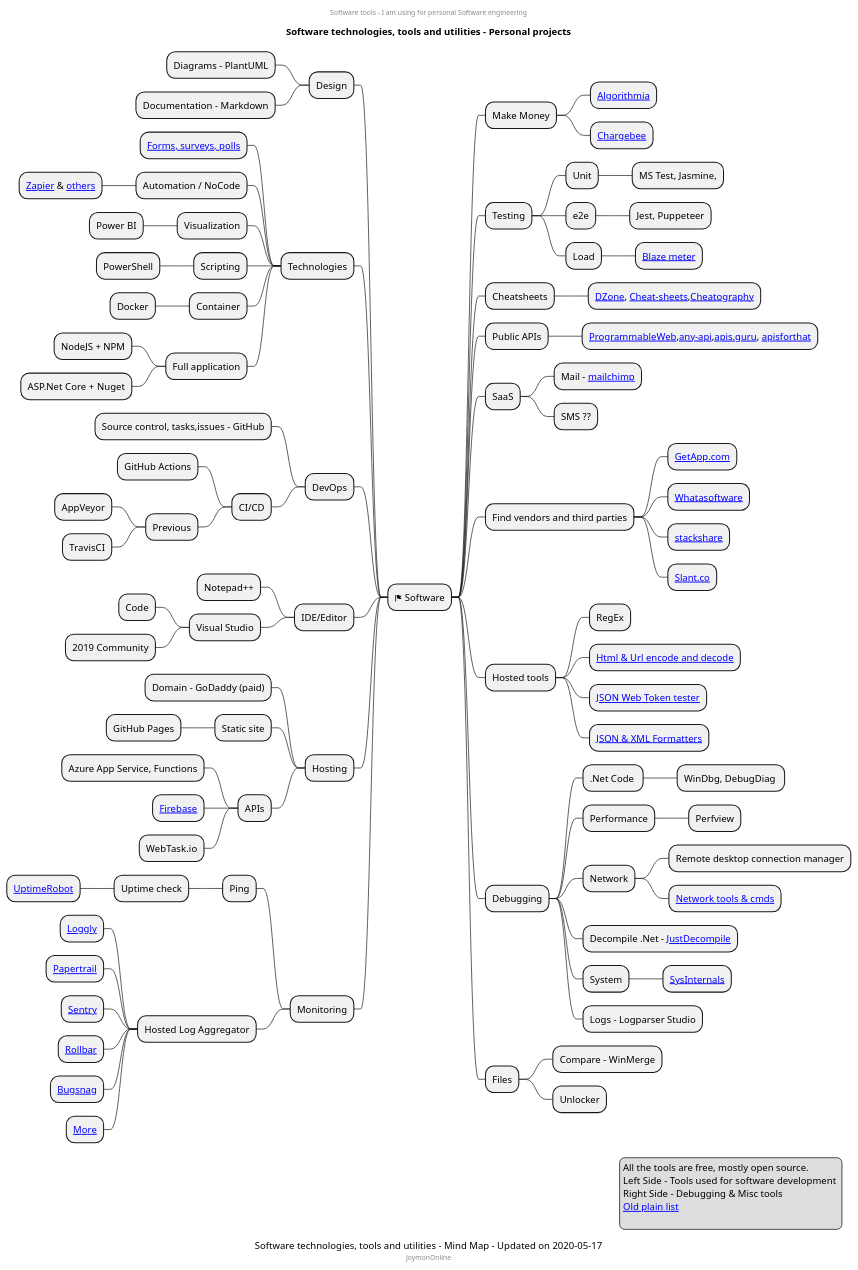
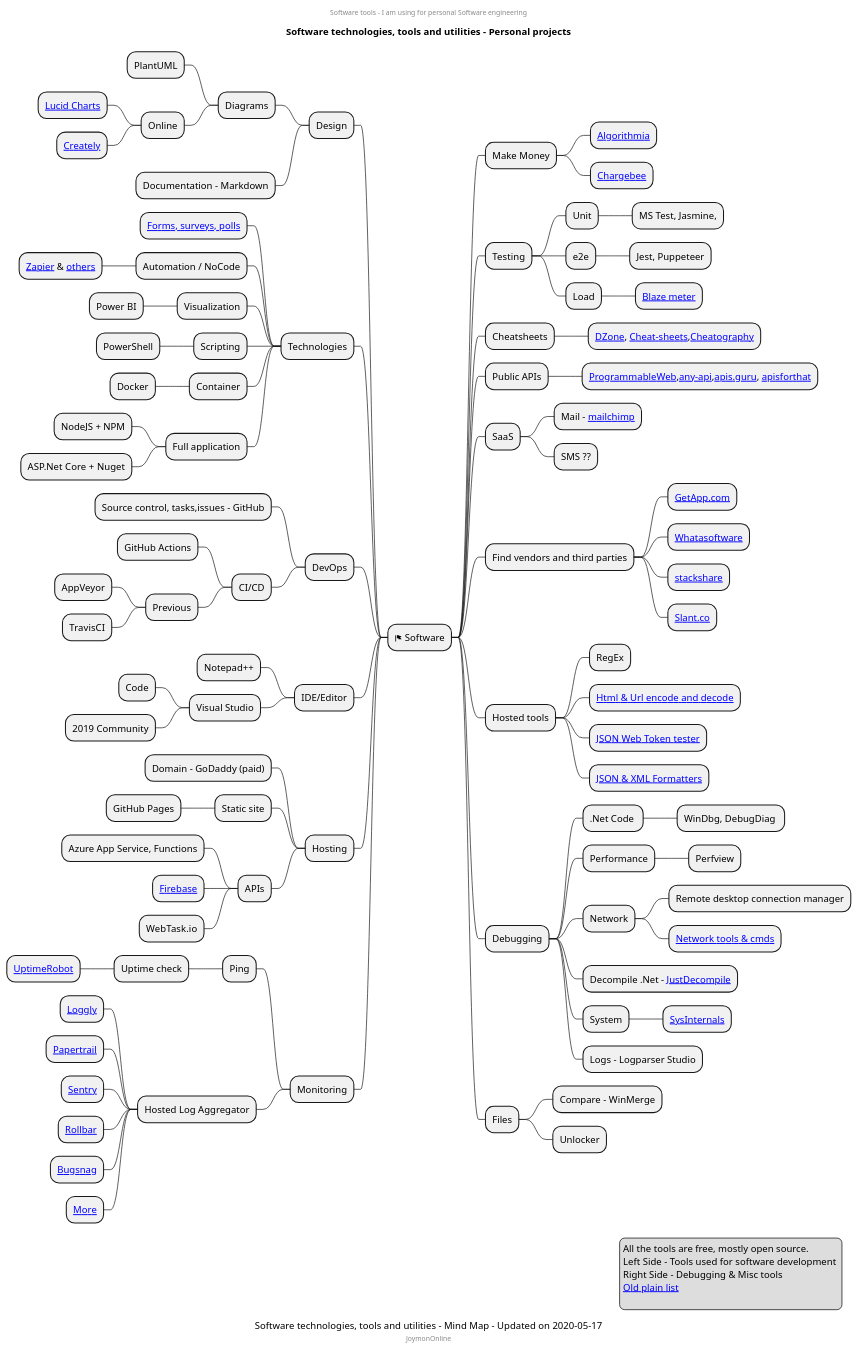
One commit to mind-maps/software changed the diagram in software-tools/software-engineering-tools.puml. Above: the diagram before and after it, drawn with PlantUML.

Commit message:
Added creately and lucid charts

```diff
--- a/software-tools/software-engineering-tools.puml
+++ b/software-tools/software-engineering-tools.puml
@@ -1,113 +1,117 @@
 @startmindmap
 center header
 Software tools - I am using for personal Software engineering
 endheader
 title Software technologies, tools and utilities - Personal projects
 caption Software technologies, tools and utilities - Mind Map - Updated on 2020-05-17
 center footer JoymonOnline
 * <&flag> Software
 ** Make Money
 *** [[Algorithmia.com Algorithmia]]
 *** [[https://www.chargebee.com/pricing Chargebee]]
 ** Testing
 *** Unit
 **** MS Test, Jasmine,
 *** e2e
 **** Jest, Puppeteer
 *** Load
 **** [[http://blazemeter.com Blaze meter]]
 
 ** Cheatsheets
 *** [[https://dzone.com/refcardz DZone]], [[http://www.cheat-sheets.org/ Cheat-sheets]],[[https://www.cheatography.com/ Cheatography]]
 ** Public APIs
 *** [[https://www.programmableweb.com/ ProgrammableWeb]],[[https://any-api.com/ any-api]],[[https://apis.guru/browse-apis/ apis.guru]], [[http://www.apiforthat.com/ apisforthat]]
 ** SaaS
 *** Mail - [[https://mailchimp.com/ mailchimp]]
 *** SMS ??
 ** Find vendors and third parties
 *** [[https://www.getapp.com/ GetApp.com]]
 *** [[https://www.whatasoftware.com/ Whatasoftware]]
 *** [[https://stackshare.io/ stackshare]]
 *** [[https://www.slant.co/ Slant.co]]
 ** Hosted tools
 *** RegEx
 *** [[https://countwordsfree.com/text-encode Html & Url encode and decode]]
 *** [[https://jwt.io JSON Web Token tester]]
 *** [[https://countwordsfree.com/jsonviewer JSON & XML Formatters]]
 ** Debugging
 *** .Net Code 
 **** WinDbg, DebugDiag 
 *** Performance
 **** Perfview
 *** Network
 **** Remote desktop connection manager
 **** [[http://www.plantuml.com/plantuml/proxy?fmt=svg&cache=no&src=https://raw.githubusercontent.com/mind*maps/software/master/debugging/windows*network*debugging.puml Network tools & cmds]]
 *** Decompile .Net - [[https://www.telerik.com/products/decompiler.aspx JustDecompile]]
 *** System
 **** [[https://docs.microsoft.com/en-us/sysinternals/ SysInternals]]
 *** Logs - Logparser Studio
 
 ** Files
 *** Compare - WinMerge
 *** Unlocker
 
 left side
 
 ** Design
-*** Diagrams - PlantUML
+*** Diagrams
+**** PlantUML
+**** Online
+***** [[https://lucid.app Lucid Charts]]
+***** [[https://creately.com Creately]]
 *** Documentation - Markdown
 ** Technologies
 *** [[https://forms.microsoft.com/ Forms, surveys, polls]]
 *** Automation / NoCode
 **** [[https://zapier.com/home Zapier]] & [[https://gist.github.com/joymon/89aeb18bef588895426b46a54e2ba970 others]]
 *** Visualization
 **** Power BI
 *** Scripting
 **** PowerShell
 *** Container
 **** Docker
 *** Full application
 **** NodeJS + NPM
 **** ASP.Net Core + Nuget
 
 ** DevOps
 *** Source control, tasks,issues - GitHub
 *** CI/CD
 **** GitHub Actions
 **** Previous
 ***** AppVeyor
 ***** TravisCI
 ** IDE/Editor
 *** Notepad++
 *** Visual Studio
 **** Code
 **** 2019 Community
 
 ** Hosting
 *** Domain - GoDaddy (paid)
 *** Static site
 **** GitHub Pages
 *** APIs
 **** Azure App Service, Functions
 **** [[https://firebase.google.com/pricing Firebase]]
 **** WebTask.io
 ** Monitoring
 *** Ping
 **** Uptime check
 ***** [[https://uptimerobot.com/pricing UptimeRobot]]
 
 *** Hosted Log Aggregator
 **** [[https://www.loggly.com/plans-and-pricing/ Loggly]]
 **** [[https://www.papertrail.com/plans/ Papertrail]]
 **** [[https://sentry.io/pricing/ Sentry]]
 **** [[https://rollbar.com/pricing/ Rollbar]]
 **** [[https://www.bugsnag.com/pricing Bugsnag]]
 **** [[https://github.com/cheeaun/javascript-error-logging More]]
 legend right
 All the tools are free, mostly open source.
 Left Side - Tools used for software development 
 Right Side - Debugging & Misc tools
 [[https://joymonscode.blogspot.com/2017/05/toolbox-for-open-source-developers.html Old plain list]]
   
 endlegend
 @endmindmap
```
